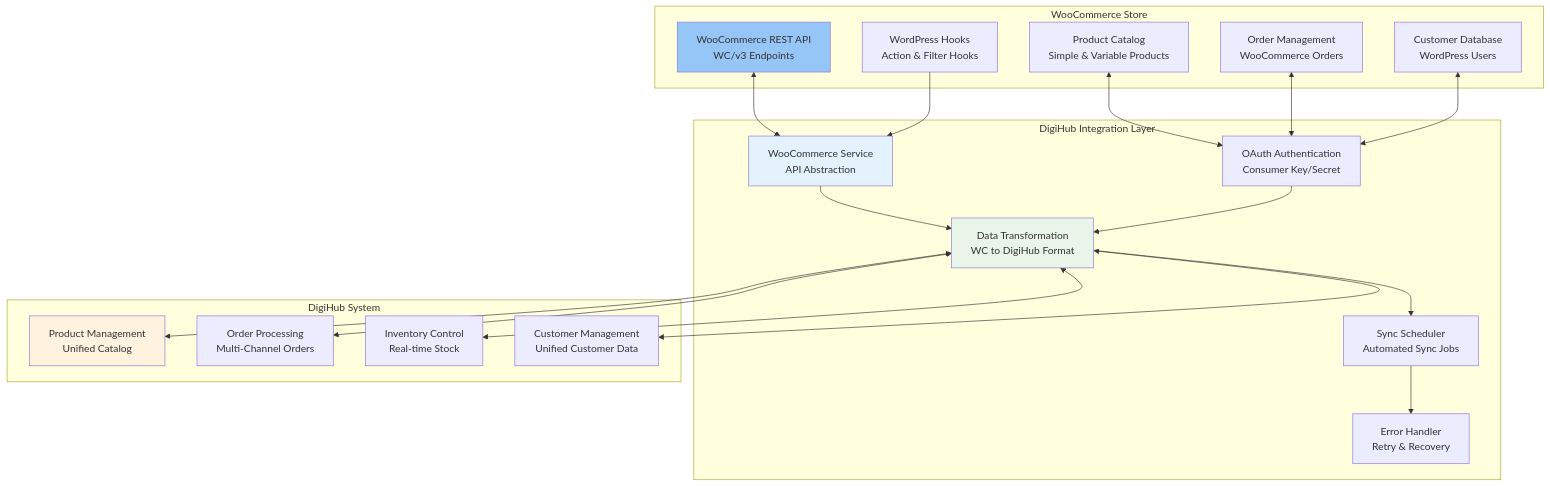
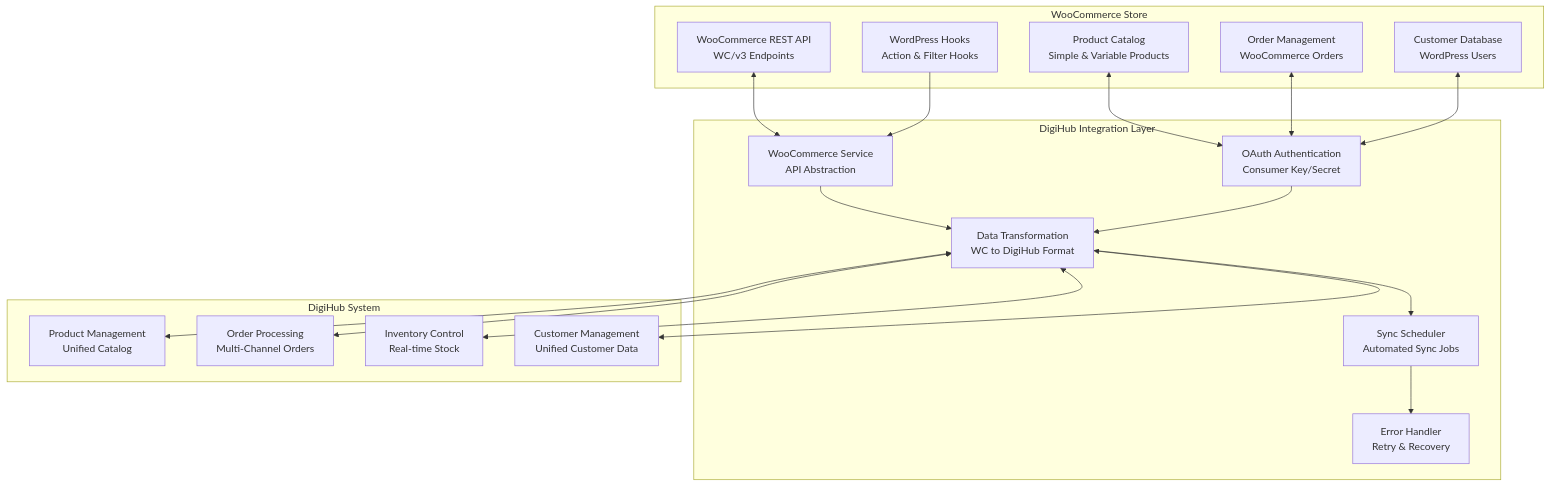
Before and after one commit to sandeepkumar0801/Digihub: the eighth of 44 diagrams in README.md, drawn with Mermaid. The commit also changed other lines of this file, not shown here.

Commit message:
update diagram index

````diff
--- a/README.md
+++ b/README.md
@@ -1528,46 +1431,46 @@
 ```mermaid
 graph TD
     subgraph "WooCommerce Store"
         A[WooCommerce REST API<br/>WC/v3 Endpoints]
         B[WordPress Hooks<br/>Action & Filter Hooks]
         C[Product Catalog<br/>Simple & Variable Products]
         D[Order Management<br/>WooCommerce Orders]
         E[Customer Database<br/>WordPress Users]
     end
 
     subgraph "DigiHub Integration Layer"
         F[WooCommerce Service<br/>API Abstraction]
         G[OAuth Authentication<br/>Consumer Key/Secret]
         H[Data Transformation<br/>WC to DigiHub Format]
         I[Sync Scheduler<br/>Automated Sync Jobs]
         J[Error Handler<br/>Retry & Recovery]
     end
 
     subgraph "DigiHub System"
         K[Product Management<br/>Unified Catalog]
         L[Order Processing<br/>Multi-Channel Orders]
         M[Inventory Control<br/>Real-time Stock]
         N[Customer Management<br/>Unified Customer Data]
     end
 
     A <--> F
     B --> F
     C <--> G
     D <--> G
     E <--> G
 
     F --> H
     G --> H
     H --> I
     I --> J
 
     H <--> K
     H <--> L
     H <--> M
     H <--> N
 
-    style A fill:#96c5f7
-    style F fill:#e3f2fd
-    style H fill:#e8f5e8
-    style K fill:#fff3e0
+
+
+
+
 ```
````
